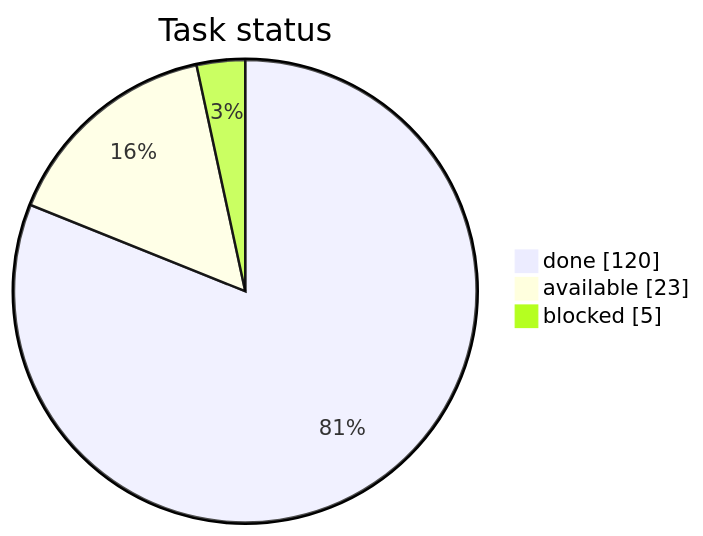
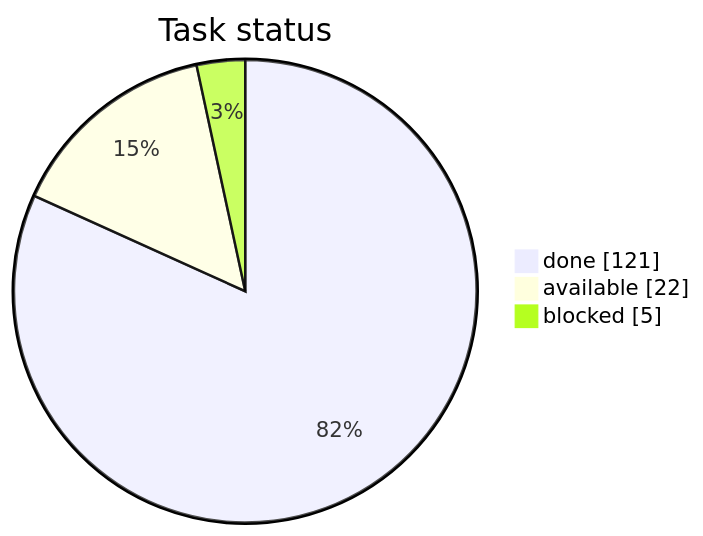
One commit to artemiiShabanov/RallyRivals changed the first of 3 diagrams in STATUS.md. Above: the diagram before and after it, drawn with Mermaid. The commit also changed other lines of this file and 14 other files, not shown here.

````diff
--- a/STATUS.md
+++ b/STATUS.md
@@ -7,7 +7,7 @@
 ```mermaid
 pie showData
     title Task status
-    "done" : 120
-    "available" : 23
+    "done" : 121
+    "available" : 22
     "blocked" : 5
 ```
````
